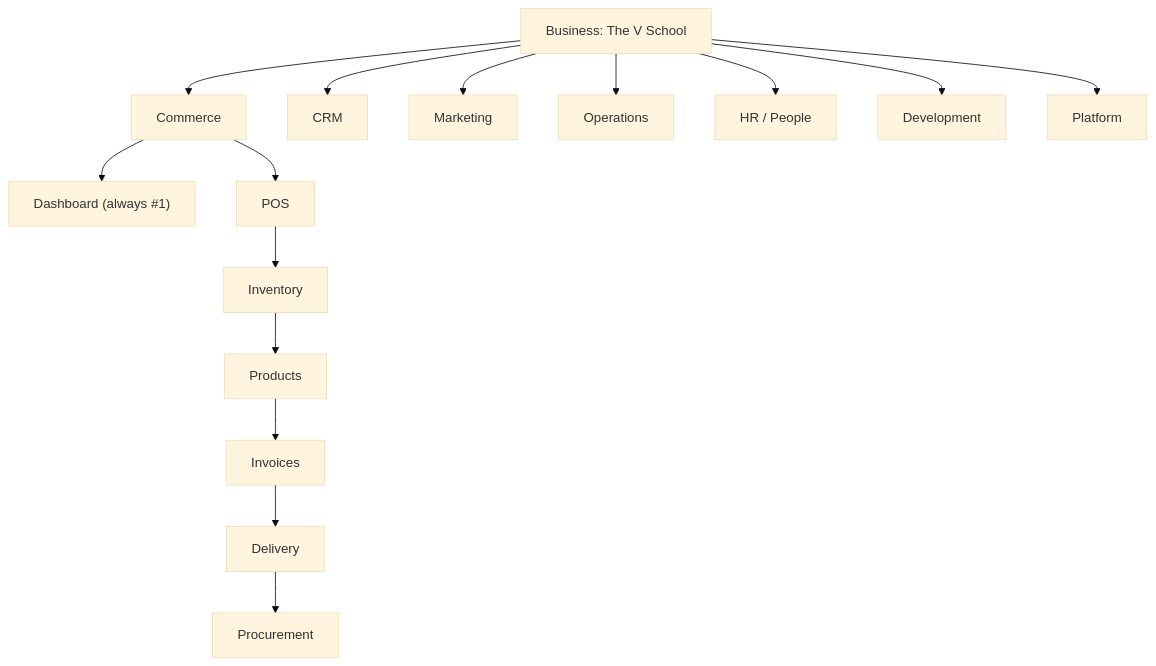
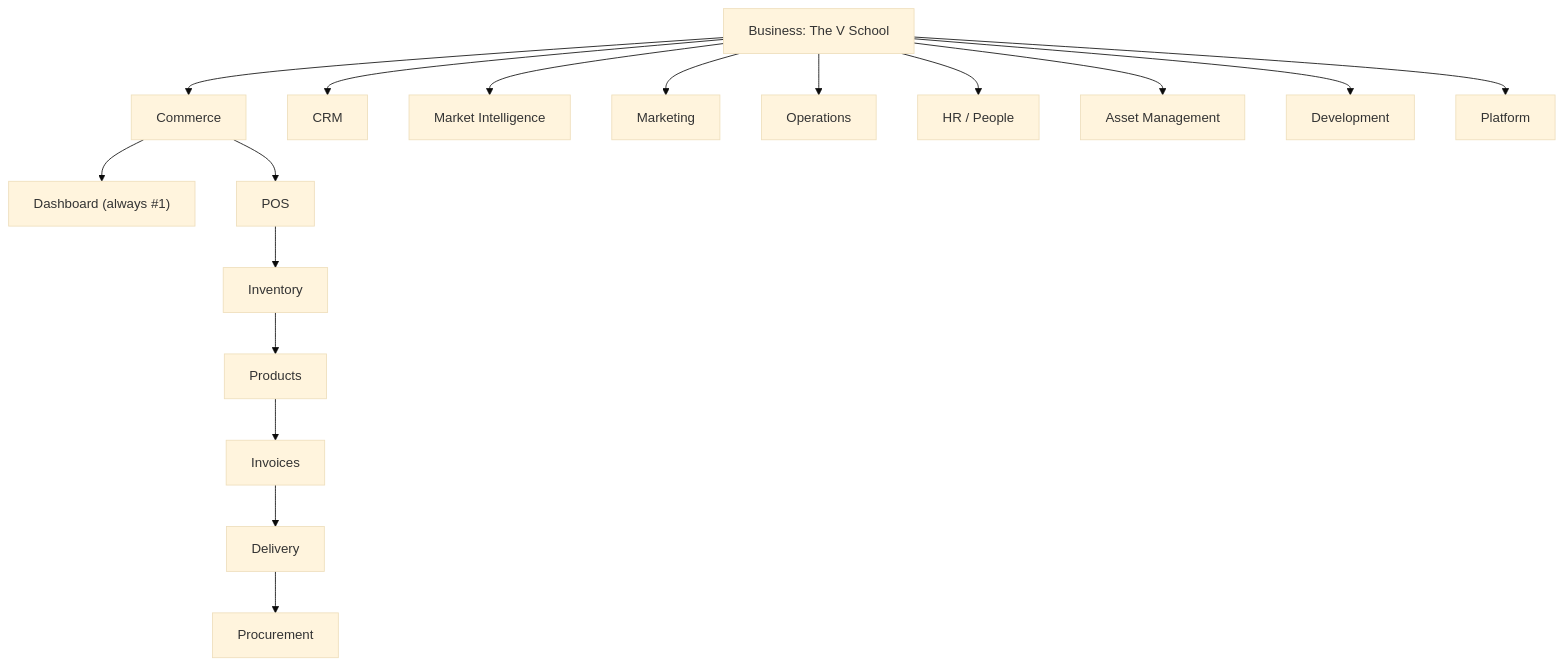
One commit to Freshair129/zuri.ai changed the diagram in docs/SITEMAP-DOMAIN-NAV.md. Above: the diagram before and after it, drawn with Mermaid (base theme). The commit also changed other lines of this file and 3 other files, not shown here.

````diff
--- a/docs/SITEMAP-DOMAIN-NAV.md
+++ b/docs/SITEMAP-DOMAIN-NAV.md
@@ -99,12 +101,14 @@
 ```mermaid
 flowchart TD
   B[Business: The V School] --> D1[Commerce]
   B --> D2[CRM]
+  B --> D2b[Market Intelligence]
   B --> D3[Marketing]
   B --> D4[Operations]
   B --> D5[HR / People]
+  B --> D5b[Asset Management]
   B --> D6[Development]
   B --> D7[Platform]
   D1 --> C0["Dashboard (always #1)"]
   D1 --> C1[POS] --> C2[Inventory] --> C3[Products] --> C4[Invoices] --> C5[Delivery] --> C6[Procurement]
 ```
````
